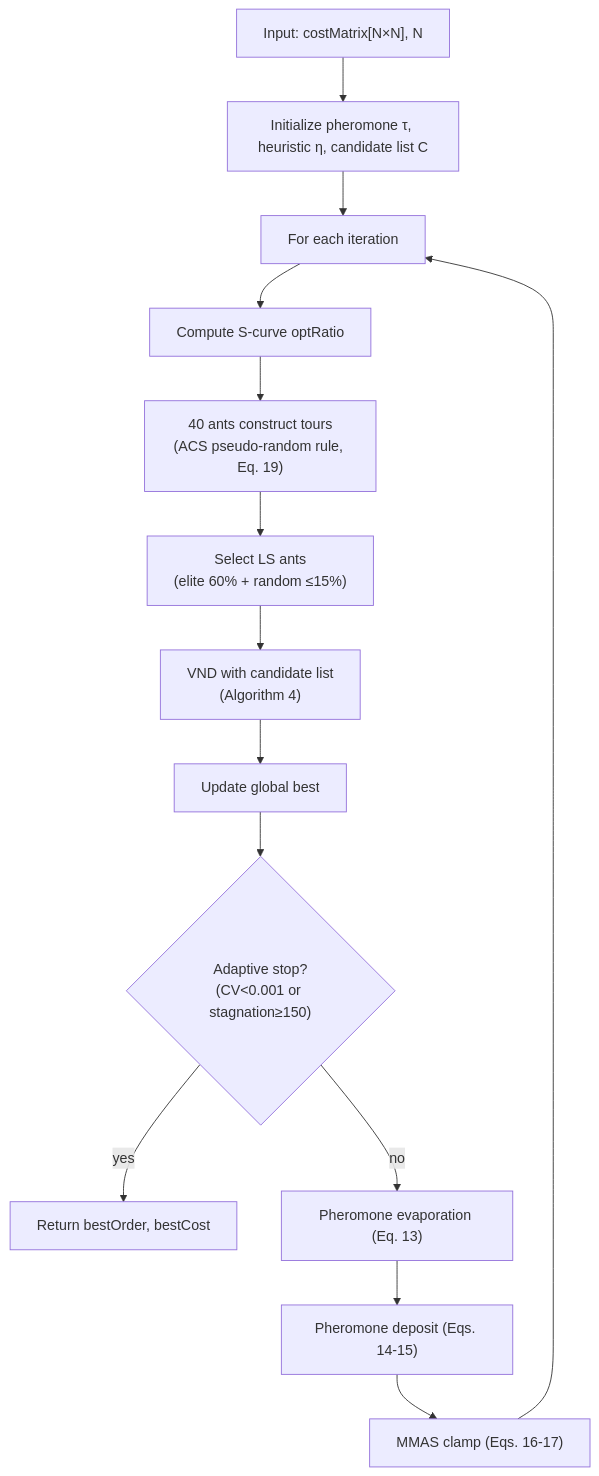
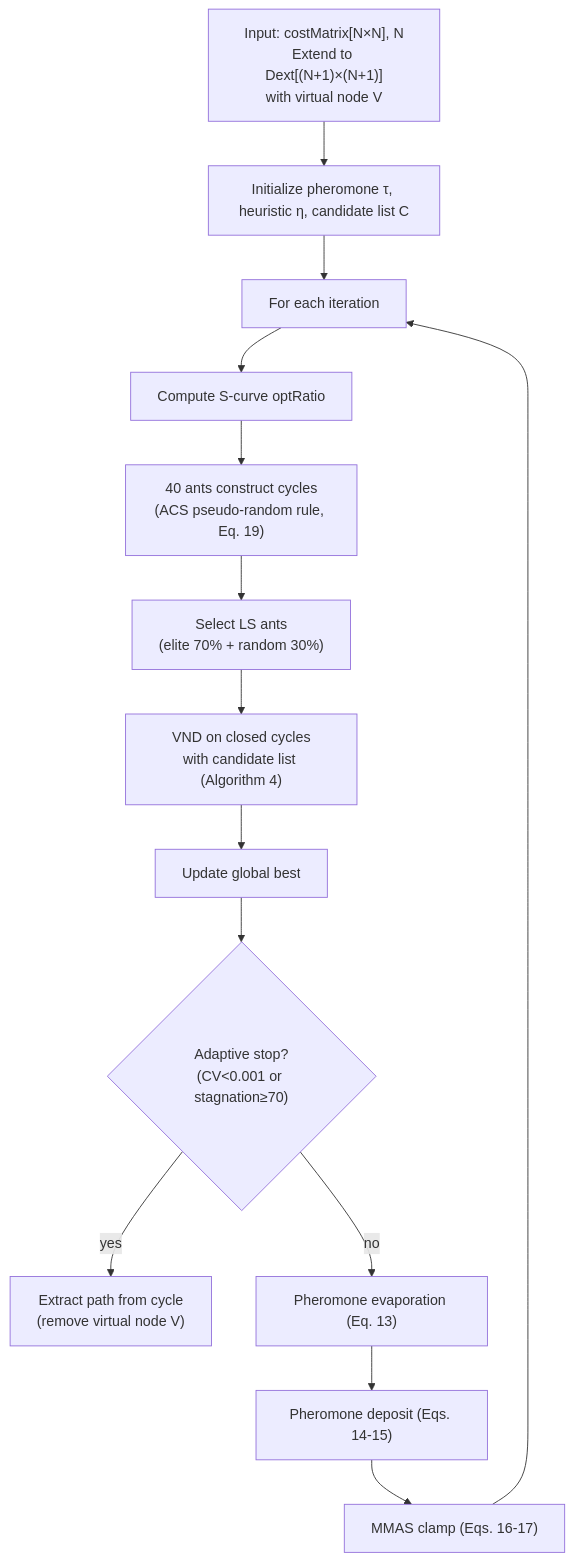
The second of 2 diagrams in paper/sections/section-4.3.md (Maple-Ali/Matlab-pathplan-simulation), drawn with Mermaid before and after one commit. The commit also changed other lines of this file and 46 other files, not shown here.

Commit message:
大规模实验数据与论文更新：新增 Map2/Map3/kroB100 实验、参数敏感性/消融/算法对比绘图、AStar_v1_1，TSP_X 系列优化，论文多节修订

````diff
--- a/paper/sections/section-4.3.md
+++ b/paper/sections/section-4.3.md
@@ -193,16 +206,16 @@
 ```mermaid
 flowchart TB
-    A["Input: costMatrix[N×N], N"] --> B["Initialize pheromone τ, heuristic η, candidate list C"]
+    A["Input: costMatrix[N×N], N\nExtend to Dext[(N+1)×(N+1)]\nwith virtual node V"] --> B["Initialize pheromone τ, heuristic η, candidate list C"]
     B --> C["For each iteration"]
     C --> D["Compute S-curve optRatio"]
-    D --> E["40 ants construct tours\n(ACS pseudo-random rule, Eq. 19)"]
-    E --> F["Select LS ants\n(elite 60% + random ≤15%)"]
-    F --> G["VND with candidate list\n(Algorithm 4)"]
+    D --> E["40 ants construct cycles\n(ACS pseudo-random rule, Eq. 19)"]
+    E --> F["Select LS ants\n(elite 70% + random 30%)"]
+    F --> G["VND on closed cycles\nwith candidate list (Algorithm 4)"]
     G --> H["Update global best"]
-    H --> I{"Adaptive stop?\n(CV<0.001 or stagnation≥150)"}
-    I -->|"yes"| J["Return bestOrder, bestCost"]
+    H --> I{"Adaptive stop?\n(CV<0.001 or stagnation≥70)"}
+    I -->|"yes"| J["Extract path from cycle\n(remove virtual node V)"]
     I -->|"no"| K["Pheromone evaporation (Eq. 13)"]
     K --> L["Pheromone deposit (Eqs. 14-15)"]
     L --> M["MMAS clamp (Eqs. 16-17)"]
     M --> C
 ```
````
